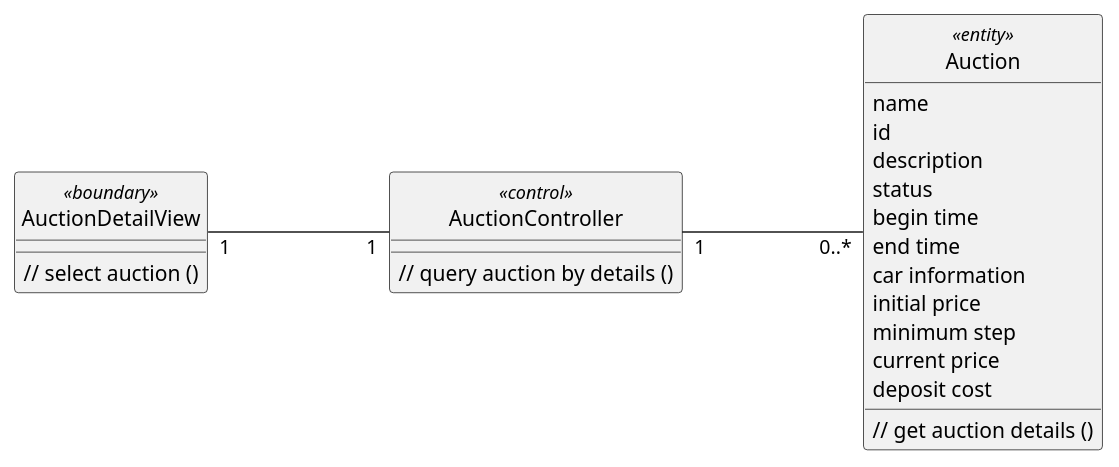
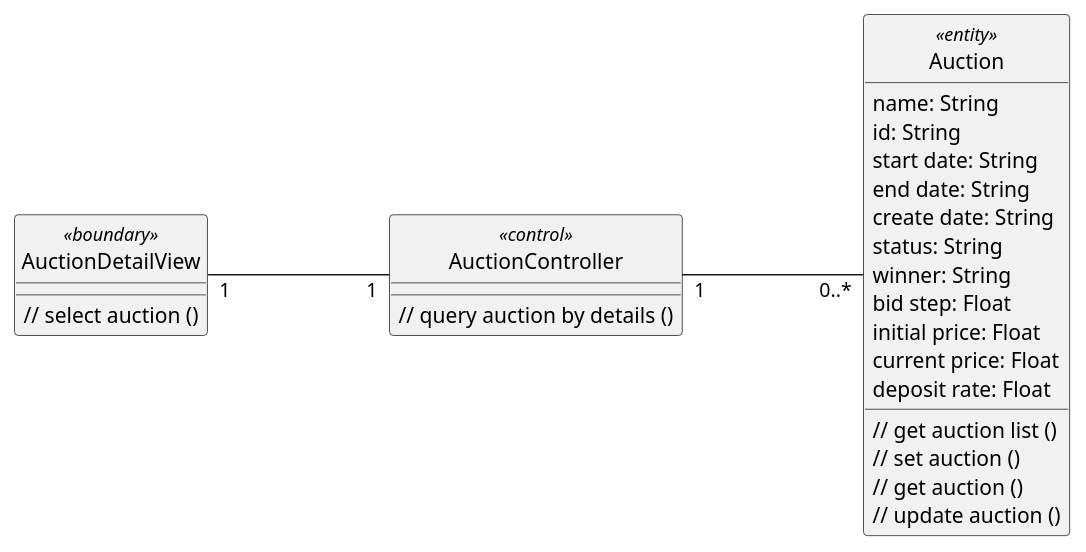
The diagram in uml/analysis/class/view_auction_information.pu (anhbanlinhle/velocity-exchange), drawn with PlantUML before and after one commit. The commit also changed 5 other files, not shown here.

```diff
--- a/uml/analysis/class/view_auction_information.pu
+++ b/uml/analysis/class/view_auction_information.pu
@@ -1,41 +1,44 @@
 @startuml 
 left to right direction
 skinparam classAttributeIconSize 0
 skinparam linetype ortho
 hide circle
 class AuctionDetailView <<boundary>> {
 
     // select auction ()
 
     }
 
 class AuctionController <<control>> {
     
     // query auction by details ()
 
     }
 
 class Auction <<entity>> {
-    name
-    id
-    description
-    status
-    begin time
-    end time
-    car information
-    initial price
-    minimum step
-    current price
-    deposit cost
+    name: String
+    id: String
+    start date: String
+    end date: String
+    create date: String
+    status: String
+    winner: String
+    bid step: Float
+    initial price: Float
+    current price: Float
+    deposit rate: Float
 
-    // get auction details ()
+    // get auction list ()
+    // set auction ()
+    // get auction ()
+    // update auction ()
 
     }
 
 
 AuctionDetailView "1" --- "1" AuctionController
 
 AuctionController "1" --- "0..*" Auction
 
 
 @enduml
```
